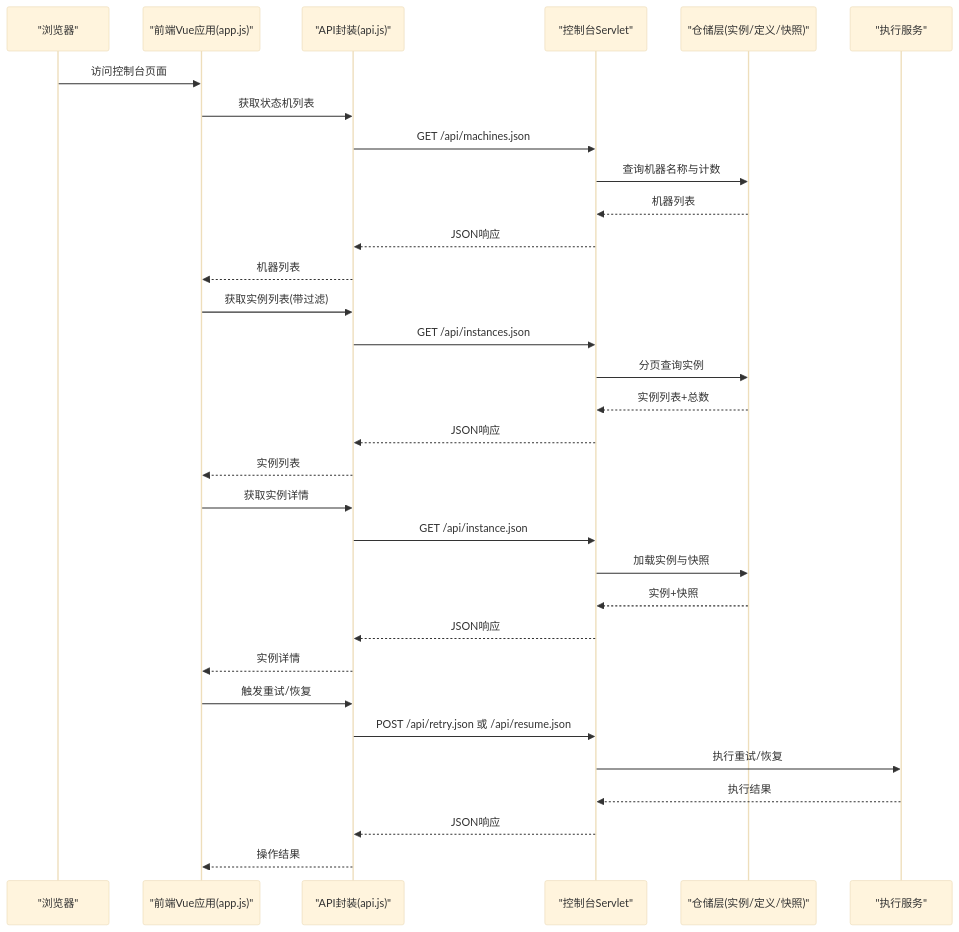
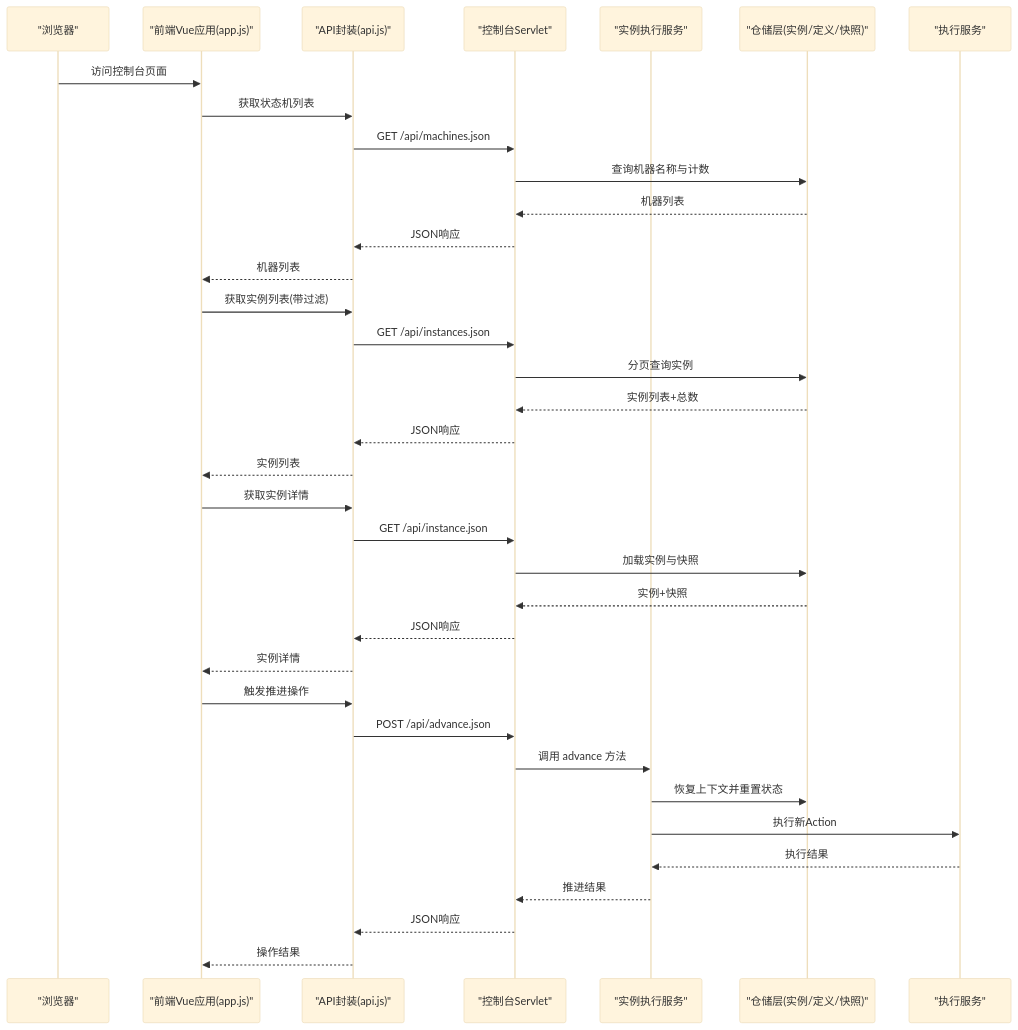
Before and after one commit to xiaoche80s-tech/state-machine-parent: the second of 7 diagrams in .qoder/repowiki/zh/content/管理控制台/管理控制台.md, drawn with Mermaid (base theme). The commit also changed other lines of this file and 7 other files, not shown here.

````diff
--- a/.qoder/repowiki/zh/content/管理控制台/管理控制台.md
+++ b/.qoder/repowiki/zh/content/管理控制台/管理控制台.md
@@ -122,34 +137,38 @@
 ```mermaid
 sequenceDiagram
 participant Browser as "浏览器"
 participant Front as "前端Vue应用(app.js)"
 participant API as "API封装(api.js)"
 participant Servlet as "控制台Servlet"
+participant Service as "实例执行服务"
 participant Repo as "仓储层(实例/定义/快照)"
 participant Engine as "执行服务"
 Browser->>Front : 访问控制台页面
 Front->>API : 获取状态机列表
 API->>Servlet : GET /api/machines.json
 Servlet->>Repo : 查询机器名称与计数
 Repo-->>Servlet : 机器列表
 Servlet-->>API : JSON响应
 API-->>Front : 机器列表
 Front->>API : 获取实例列表(带过滤)
 API->>Servlet : GET /api/instances.json
 Servlet->>Repo : 分页查询实例
 Repo-->>Servlet : 实例列表+总数
 Servlet-->>API : JSON响应
 API-->>Front : 实例列表
 Front->>API : 获取实例详情
 API->>Servlet : GET /api/instance.json
 Servlet->>Repo : 加载实例与快照
 Repo-->>Servlet : 实例+快照
 Servlet-->>API : JSON响应
 API-->>Front : 实例详情
-Front->>API : 触发重试/恢复
-API->>Servlet : POST /api/retry.json 或 /api/resume.json
-Servlet->>Engine : 执行重试/恢复
-Engine-->>Servlet : 执行结果
+Front->>API : 触发推进操作
+API->>Servlet : POST /api/advance.json
+Servlet->>Service : 调用 advance 方法
+Service->>Repo : 恢复上下文并重置状态
+Service->>Engine : 执行新Action
+Engine-->>Service : 执行结果
+Service-->>Servlet : 推进结果
 Servlet-->>API : JSON响应
 API-->>Front : 操作结果
 ```
````
